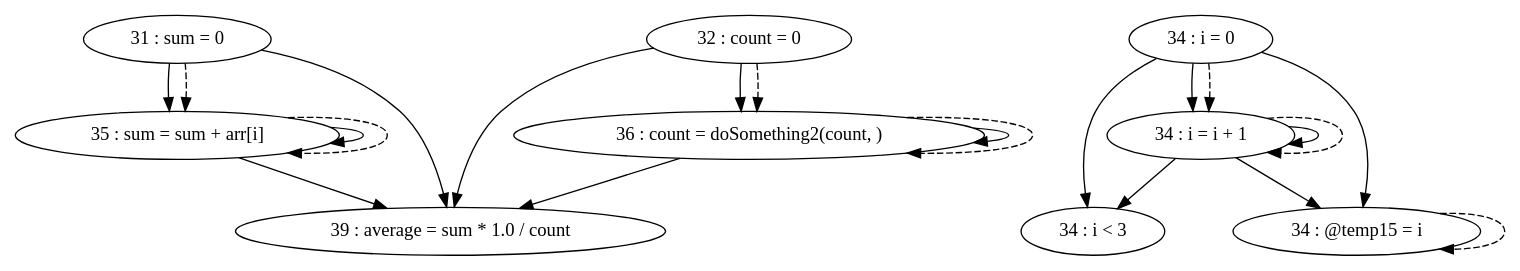
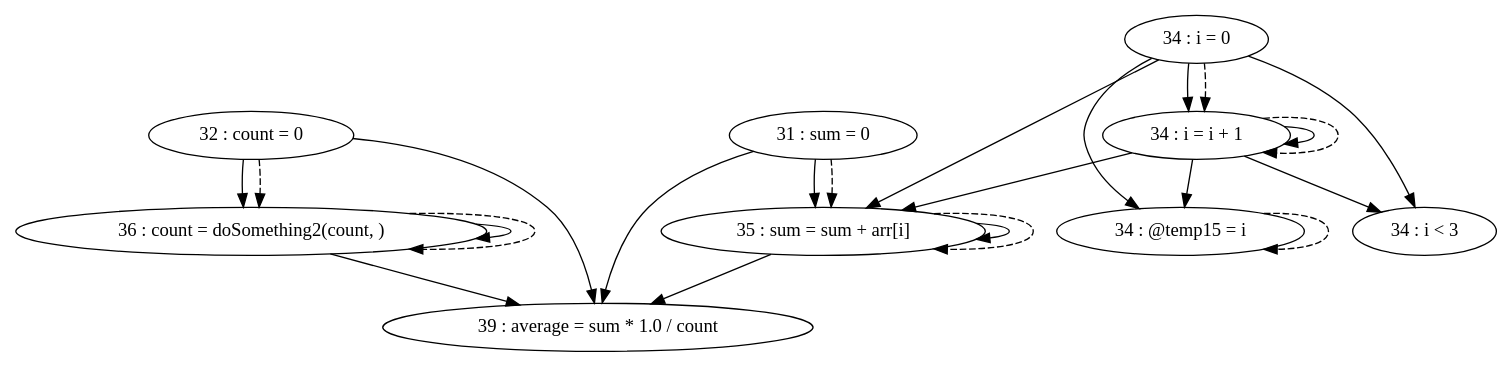
The diagram in pdg/source/testFiles/TestCases/TestCase5/TestCase5-test2.gv (thomassimko/thesis-code-duplication), drawn with Graphviz before and after one commit. The commit also changed 33 other files, not shown here.

```diff
--- a/pdg/source/testFiles/TestCases/TestCase5/TestCase5-test2.gv
+++ b/pdg/source/testFiles/TestCases/TestCase5/TestCase5-test2.gv
@@ -1,32 +1,34 @@
 digraph G {
 "31 : sum = 0"
 "31 : sum = 0" -> "35 : sum = sum + arr[i]"
 "31 : sum = 0" -> "39 : average = sum * 1.0 / count"
 "31 : sum = 0" -> "35 : sum = sum + arr[i]" [style=dashed]
 "32 : count = 0"
 "32 : count = 0" -> "36 : count = doSomething2(count, )"
 "32 : count = 0" -> "39 : average = sum * 1.0 / count"
 "32 : count = 0" -> "36 : count = doSomething2(count, )" [style=dashed]
 "34 : i = 0"
+"34 : i = 0" -> "34 : @temp15 = i"
+"34 : i = 0" -> "35 : sum = sum + arr[i]"
 "34 : i = 0" -> "34 : i < 3"
-"34 : i = 0" -> "34 : @temp15 = i"
 "34 : i = 0" -> "34 : i = i + 1"
 "34 : i = 0" -> "34 : i = i + 1" [style=dashed]
 "34 : i < 3"
 "35 : sum = sum + arr[i]"
 "35 : sum = sum + arr[i]" -> "35 : sum = sum + arr[i]"
 "35 : sum = sum + arr[i]" -> "39 : average = sum * 1.0 / count"
 "35 : sum = sum + arr[i]" -> "35 : sum = sum + arr[i]" [style=dashed]
 "36 : count = doSomething2(count, )"
 "36 : count = doSomething2(count, )" -> "36 : count = doSomething2(count, )"
 "36 : count = doSomething2(count, )" -> "39 : average = sum * 1.0 / count"
 "36 : count = doSomething2(count, )" -> "36 : count = doSomething2(count, )" [style=dashed]
 "34 : @temp15 = i"
 "34 : @temp15 = i" -> "34 : @temp15 = i" [style=dashed]
 "34 : i = i + 1"
+"34 : i = i + 1" -> "34 : @temp15 = i"
+"34 : i = i + 1" -> "35 : sum = sum + arr[i]"
 "34 : i = i + 1" -> "34 : i < 3"
-"34 : i = i + 1" -> "34 : @temp15 = i"
 "34 : i = i + 1" -> "34 : i = i + 1"
 "34 : i = i + 1" -> "34 : i = i + 1" [style=dashed]
 "39 : average = sum * 1.0 / count"
 }
```
